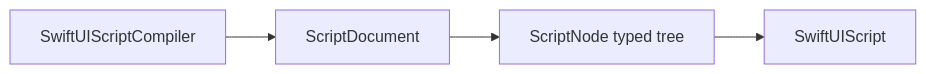
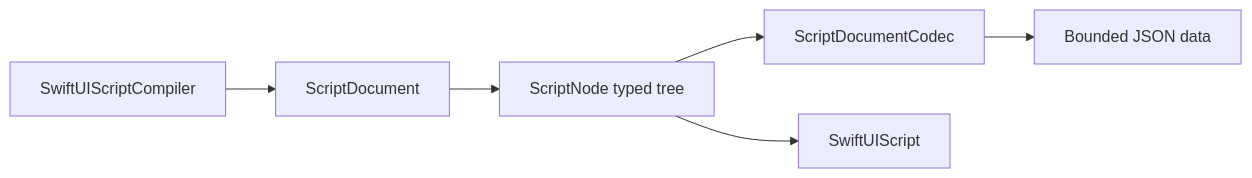
The diagram in Sources/SwiftUIScriptCore/DESIGN.md (1amageek/SwiftUIScript), drawn with Mermaid before and after one commit. The commit also changed other lines of this file and 13 other files, not shown here.

Commit message:
Add bounded ScriptDocument codec

````diff
--- a/Sources/SwiftUIScriptCore/DESIGN.md
+++ b/Sources/SwiftUIScriptCore/DESIGN.md
@@ -26,6 +26,8 @@
 ```mermaid
 flowchart LR
     Compiler[SwiftUIScriptCompiler] --> Document[ScriptDocument]
     Document --> Tree[ScriptNode typed tree]
+    Tree --> Codec[ScriptDocumentCodec]
+    Codec --> JSON[Bounded JSON data]
     Tree --> Renderer[SwiftUIScript]
 ```
````
